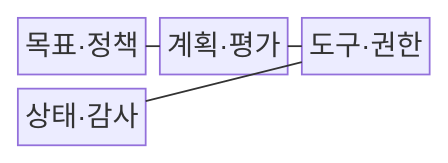
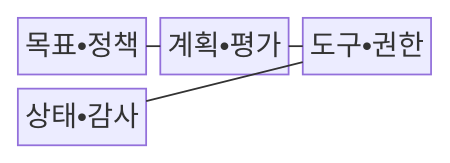
The first of 2 diagrams in src/content/docs/notes/08-latest-tech/002_agentic_ai.md (agnusdei1207/knowledge-base), drawn with Mermaid before and after one commit. The commit also changed other lines of this file and 953 other files, not shown here.

````diff
--- a/src/content/docs/notes/08-latest-tech/002_agentic_ai.md
+++ b/src/content/docs/notes/08-latest-tech/002_agentic_ai.md
@@ -68,11 +68,11 @@
 ```mermaid
 block-beta
     columns 3
-    G["목표·정책"]
-    P["계획·평가"]
-    T["도구·권한"]
-    S["상태·감사"]
+    G["목표•정책"]
+    P["계획•평가"]
+    T["도구•권한"]
+    S["상태•감사"]
     G --- P
     P --- T
     T --- S
 ```
````
